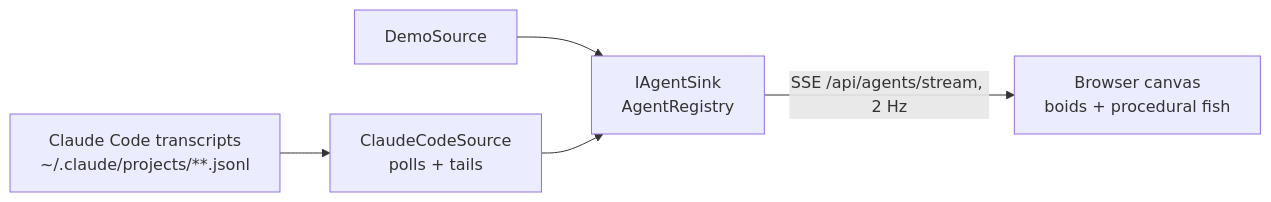
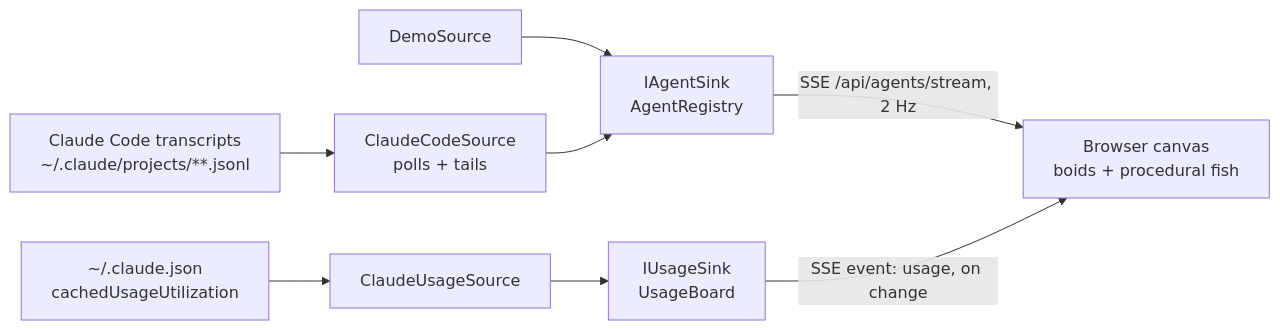
Before and after one commit to guyvdn/AgentAquarium: the diagram in README.md, drawn with Mermaid. The commit also changed other lines of this file and 12 other files, not shown here.

````diff
--- a/README.md
+++ b/README.md
@@ -40,7 +43,9 @@
 ```mermaid
 flowchart LR
   T[Claude Code transcripts<br/>~/.claude/projects/**.jsonl] --> CC[ClaudeCodeSource<br/>polls + tails]
   D[DemoSource] --> S
   CC --> S[IAgentSink<br/>AgentRegistry]
+  U[~/.claude.json<br/>cachedUsageUtilization] --> CU[ClaudeUsageSource] --> UB[IUsageSink<br/>UsageBoard]
   S -->|SSE /api/agents/stream, 2 Hz| B[Browser canvas<br/>boids + procedural fish]
+  UB -->|SSE event: usage, on change| B
 ```
````
